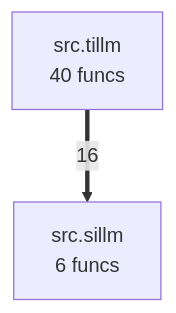
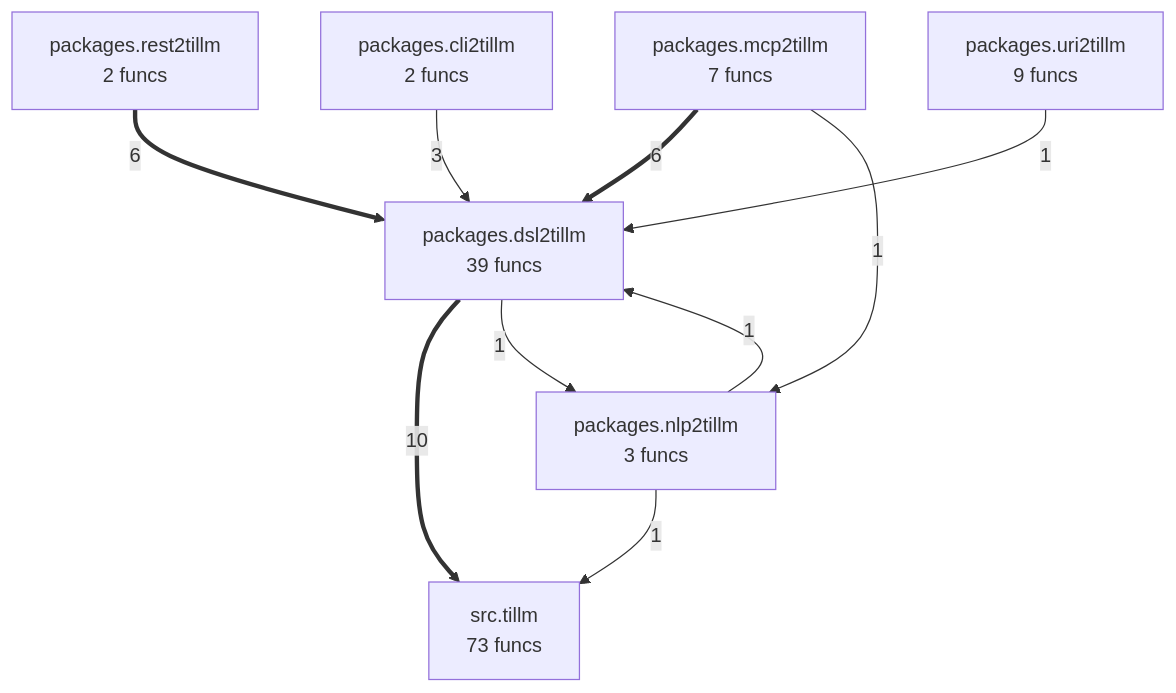
One commit to autogrammar/tillm changed the diagram in project/compact_flow.mmd. Above: the diagram before and after it, drawn with Mermaid. The commit also changed 108 other files, not shown here.

```diff
--- a/project/compact_flow.mmd
+++ b/project/compact_flow.mmd
@@ -1,5 +1,18 @@
 flowchart TD
-%% generated in 0.00s
-    src__sillm["src.sillm<br/>6 funcs"]
-    src__tillm["src.tillm<br/>40 funcs"]
-    src__tillm ==>|16| src__sillm
+%% generated in 0.01s
+    packages__cli2tillm["packages.cli2tillm<br/>2 funcs"]
+    packages__dsl2tillm["packages.dsl2tillm<br/>39 funcs"]
+    packages__mcp2tillm["packages.mcp2tillm<br/>7 funcs"]
+    packages__nlp2tillm["packages.nlp2tillm<br/>3 funcs"]
+    packages__rest2tillm["packages.rest2tillm<br/>2 funcs"]
+    packages__uri2tillm["packages.uri2tillm<br/>9 funcs"]
+    src__tillm["src.tillm<br/>73 funcs"]
+    packages__dsl2tillm ==>|10| src__tillm
+    packages__rest2tillm ==>|6| packages__dsl2tillm
+    packages__mcp2tillm ==>|6| packages__dsl2tillm
+    packages__cli2tillm -->|3| packages__dsl2tillm
+    packages__nlp2tillm -->|1| src__tillm
+    packages__nlp2tillm -->|1| packages__dsl2tillm
+    packages__dsl2tillm -->|1| packages__nlp2tillm
+    packages__mcp2tillm -->|1| packages__nlp2tillm
+    packages__uri2tillm -->|1| packages__dsl2tillm
```
